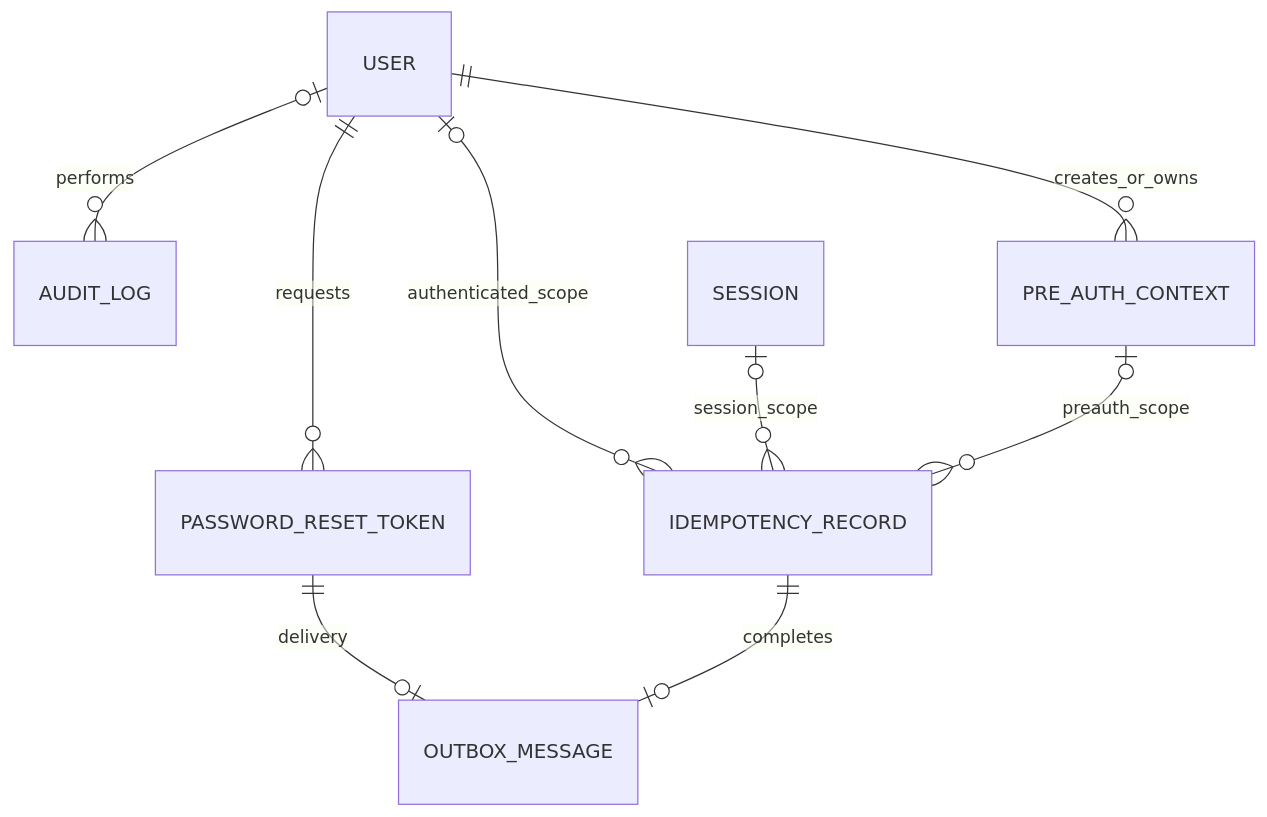
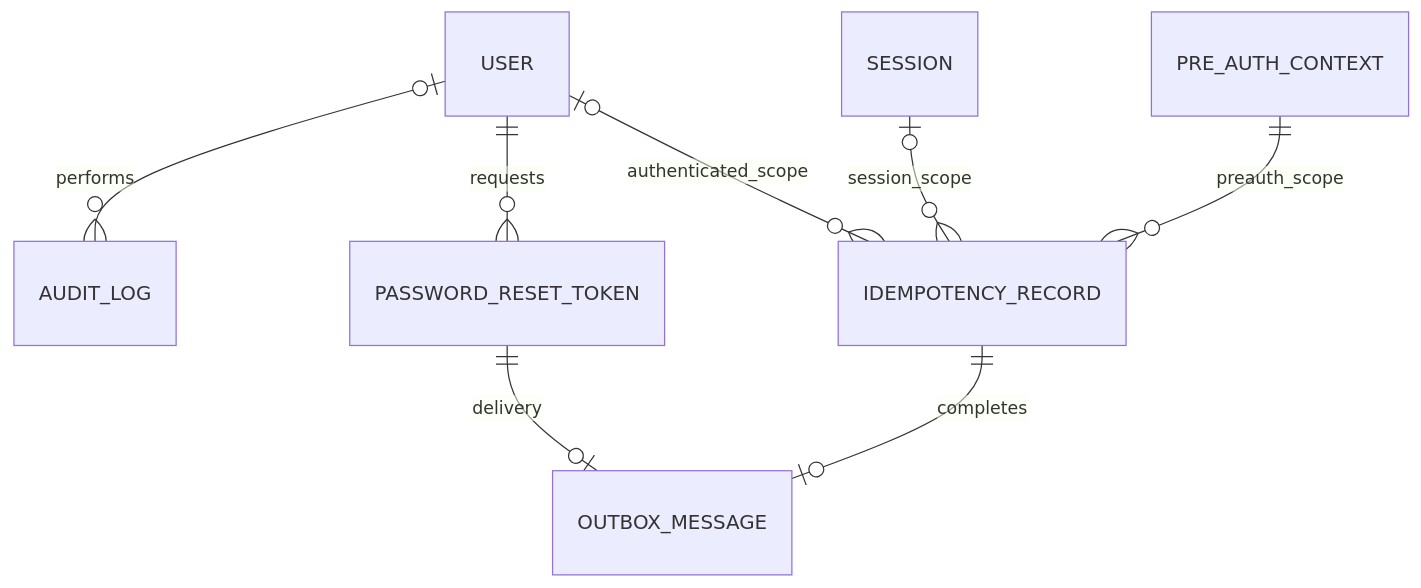
Before and after one commit to olatoyemmanuel/district-youth-management-system: the seventh of 7 diagrams in docs/database/ERD.md, drawn with Mermaid.

Commit message:
docs(database): correct pre-auth context ownership in ERD

````diff
--- a/docs/database/ERD.md
+++ b/docs/database/ERD.md
@@ -864,11 +864,10 @@
 ```mermaid
 erDiagram
     USER o|--o{ AUDIT_LOG : performs
     USER o|--o{ IDEMPOTENCY_RECORD : authenticated_scope
     SESSION o|--o{ IDEMPOTENCY_RECORD : session_scope
-    PRE_AUTH_CONTEXT o|--o{ IDEMPOTENCY_RECORD : preauth_scope
-    USER ||--o{ PRE_AUTH_CONTEXT : creates_or_owns
+    PRE_AUTH_CONTEXT ||--o{ IDEMPOTENCY_RECORD : preauth_scope
     USER ||--o{ PASSWORD_RESET_TOKEN : requests
     PASSWORD_RESET_TOKEN ||--o| OUTBOX_MESSAGE : delivery
     IDEMPOTENCY_RECORD ||--o| OUTBOX_MESSAGE : completes
 ```
````
